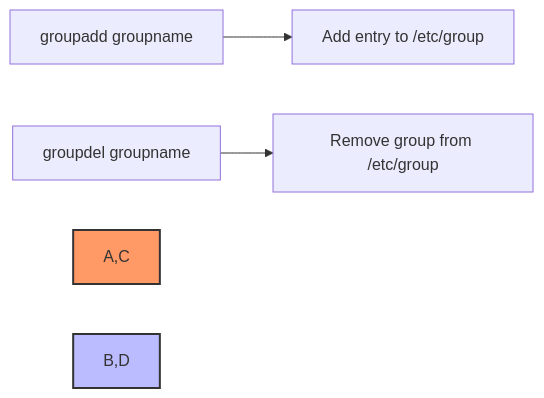
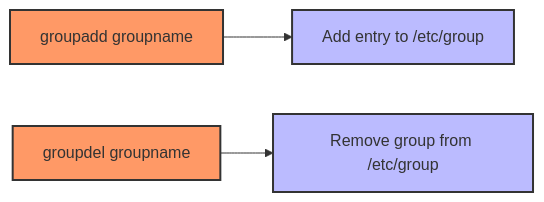
The third of 5 diagrams in Linux Training/version_6/training_material/day 14_15/mermaid_version/day-14_15-training-material.md (StevenJUlbrich/SRE-Training), drawn with Mermaid before and after one commit. The commit also changed other lines of this file and 5 other files, not shown here.

````diff
--- a/Linux Training/version_6/training_material/day 14_15/mermaid_version/day-14_15-training-material.md
+++ b/Linux Training/version_6/training_material/day 14_15/mermaid_version/day-14_15-training-material.md
@@ -186,8 +186,10 @@
 ```mermaid
 flowchart LR
     A["groupadd groupname"] --> B["Add entry to /etc/group"]
     C["groupdel groupname"] --> D["Remove group from /etc/group"]
     
-    style A,C fill:#f96,stroke:#333,stroke-width:2px
-    style B,D fill:#bbf,stroke:#333,stroke-width:2px
+    style A fill:#f96,stroke:#333,stroke-width:2px
+    style C fill:#f96,stroke:#333,stroke-width:2px
+    style B fill:#bbf,stroke:#333,stroke-width:2px
+    style D fill:#bbf,stroke:#333,stroke-width:2px
 ```
````
